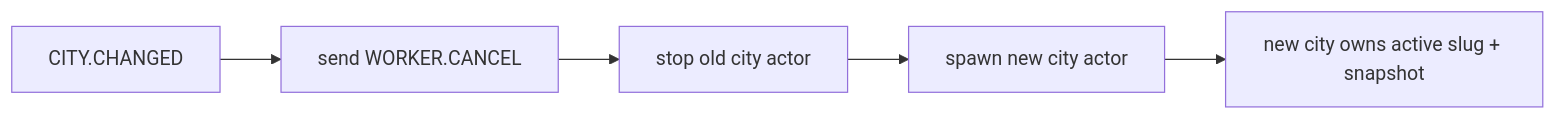
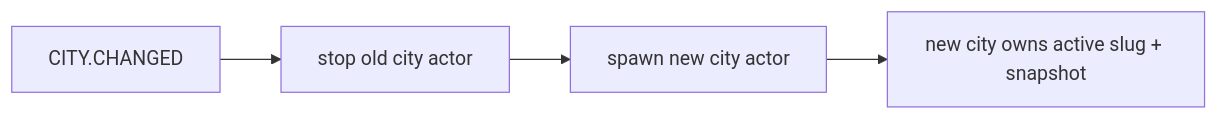
One commit to Ahmed-Abdel-karim/plainsight changed the third of 6 diagrams in docs/runtime-orchestration.md. Above: the diagram before and after it, drawn with Mermaid. The commit also changed other lines of this file and 65 other files, not shown here.

````diff
--- a/docs/runtime-orchestration.md
+++ b/docs/runtime-orchestration.md
@@ -79,7 +79,6 @@
 ```mermaid
 flowchart LR
-  changed["CITY.CHANGED"] --> cancel["send WORKER.CANCEL"]
-  cancel --> stop["stop old city actor"]
+  changed["CITY.CHANGED"] --> stop["stop old city actor"]
   stop --> spawn["spawn new city actor"]
   spawn --> active["new city owns active slug + snapshot"]
 ```
````
